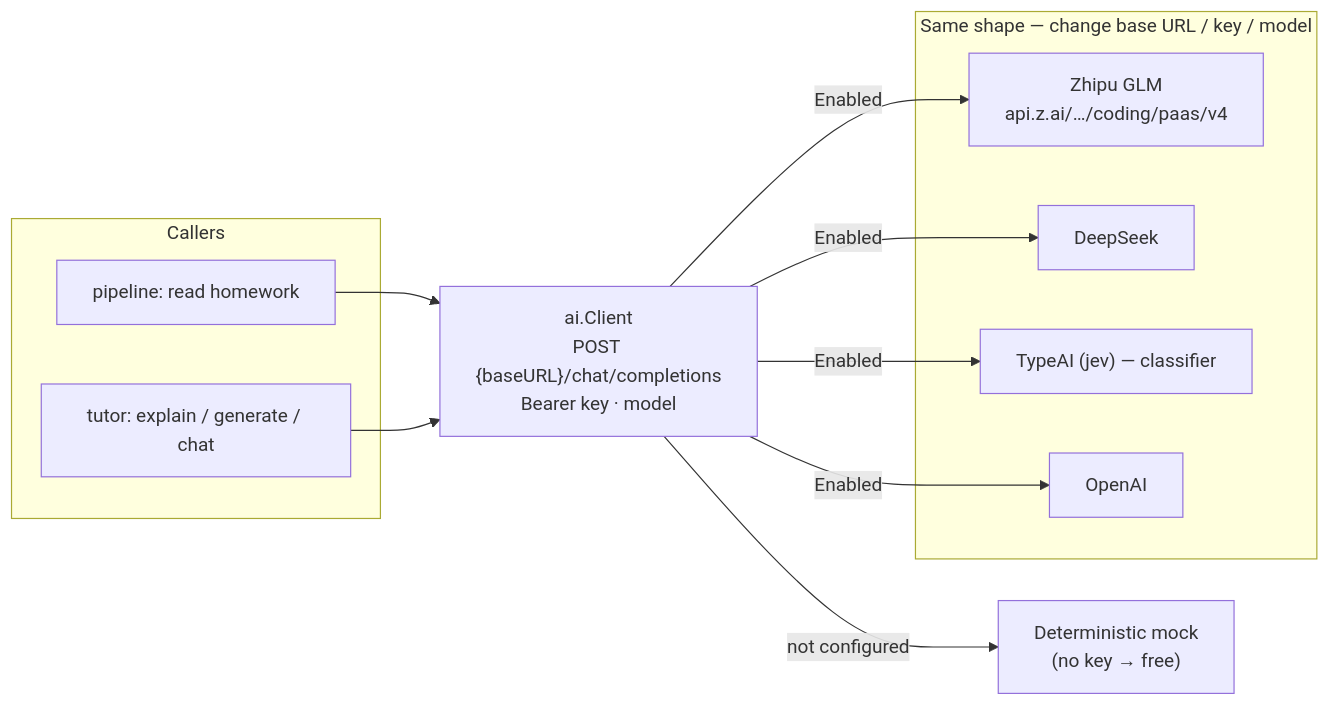
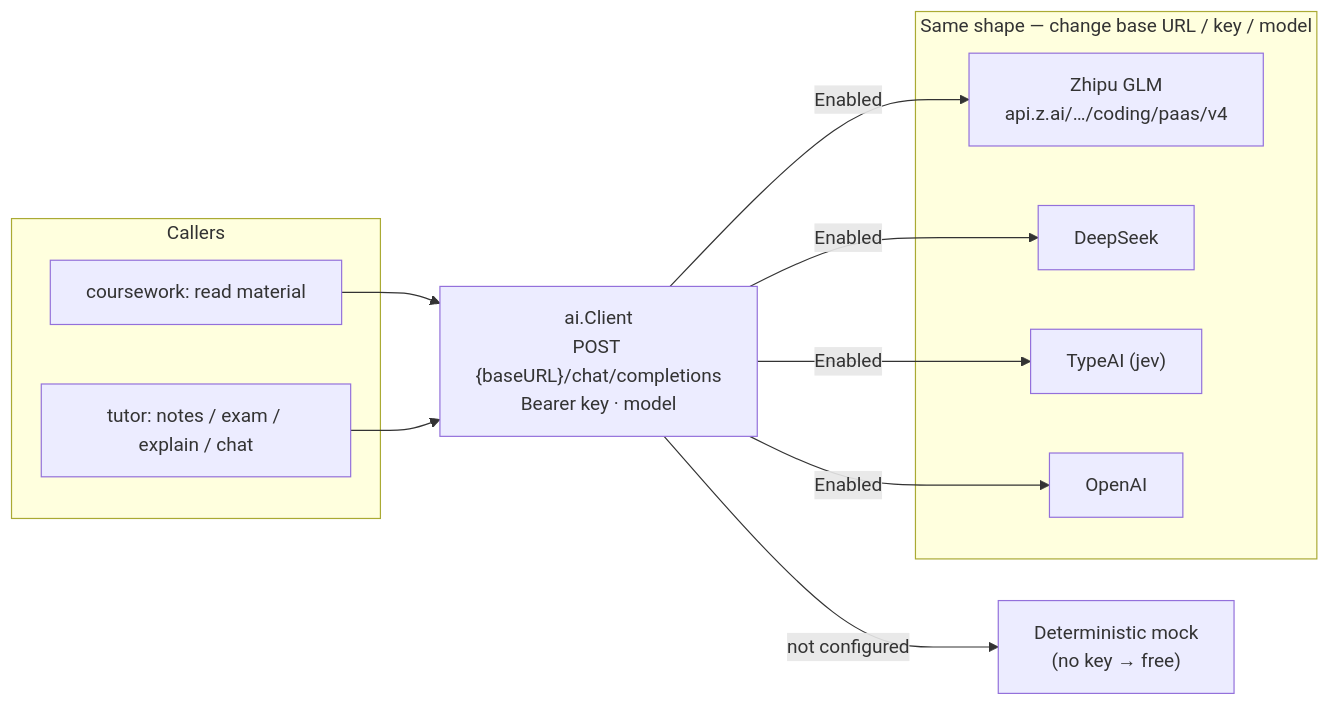
Before and after one commit to akbarharyadi/homework-studio: the sixth of 8 diagrams in docs/TECHNICAL.md, drawn with Mermaid. The commit also changed other lines of this file and 22 other files, not shown here.

First line of the commit message:
Rewrite the manual + technical doc for the material → exam model

````diff
--- a/docs/TECHNICAL.md
+++ b/docs/TECHNICAL.md
@@ -355,20 +348,20 @@
 ```mermaid
 flowchart LR
     subgraph Callers
-        PIPE["pipeline: read homework"]
-        TUTX["tutor: explain / generate / chat"]
+        PIPE["coursework: read material"]
+        TUTX["tutor: notes / exam / explain / chat"]
     end
     CLI["ai.Client<br/>POST {baseURL}/chat/completions<br/>Bearer key · model"]
     subgraph Providers["Same shape — change base URL / key / model"]
         GLM["Zhipu GLM<br/>api.z.ai/…/coding/paas/v4"]
         DS["DeepSeek"]
-        TY["TypeAI (jev) — classifier"]
+        TY["TypeAI (jev)"]
         OA["OpenAI"]
     end
     MOCK["Deterministic mock<br/>(no key → free)"]
 
     PIPE --> CLI
     TUTX --> CLI
     CLI -->|Enabled| GLM & DS & TY & OA
     CLI -->|not configured| MOCK
 ```
````
